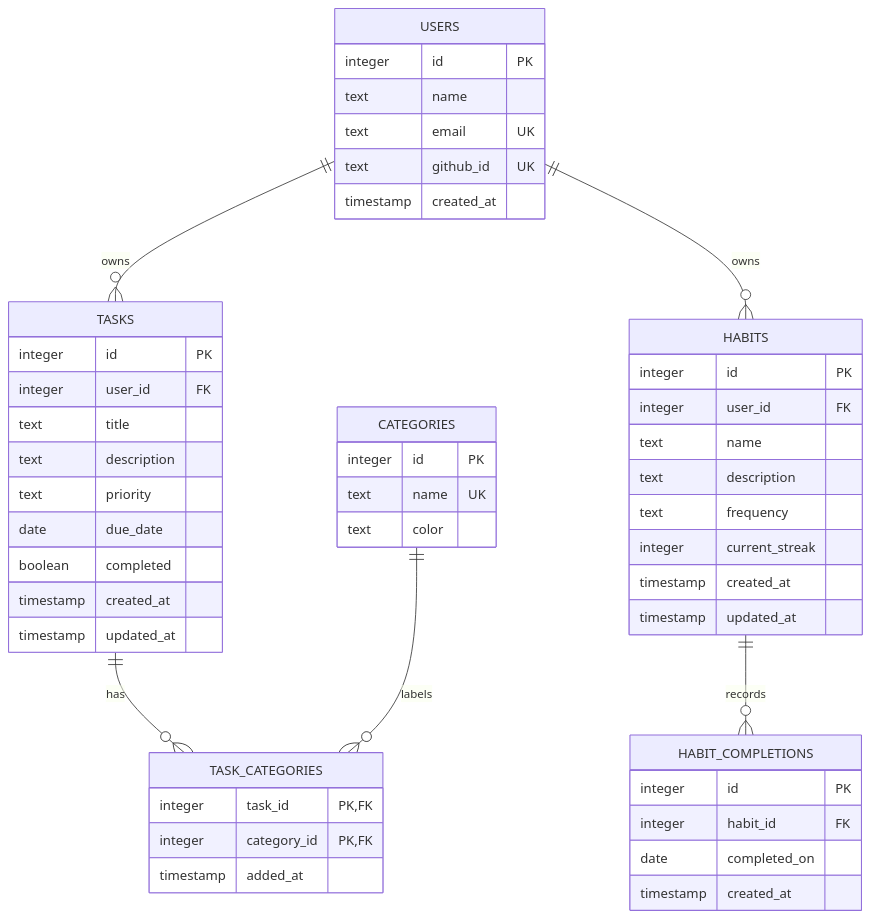
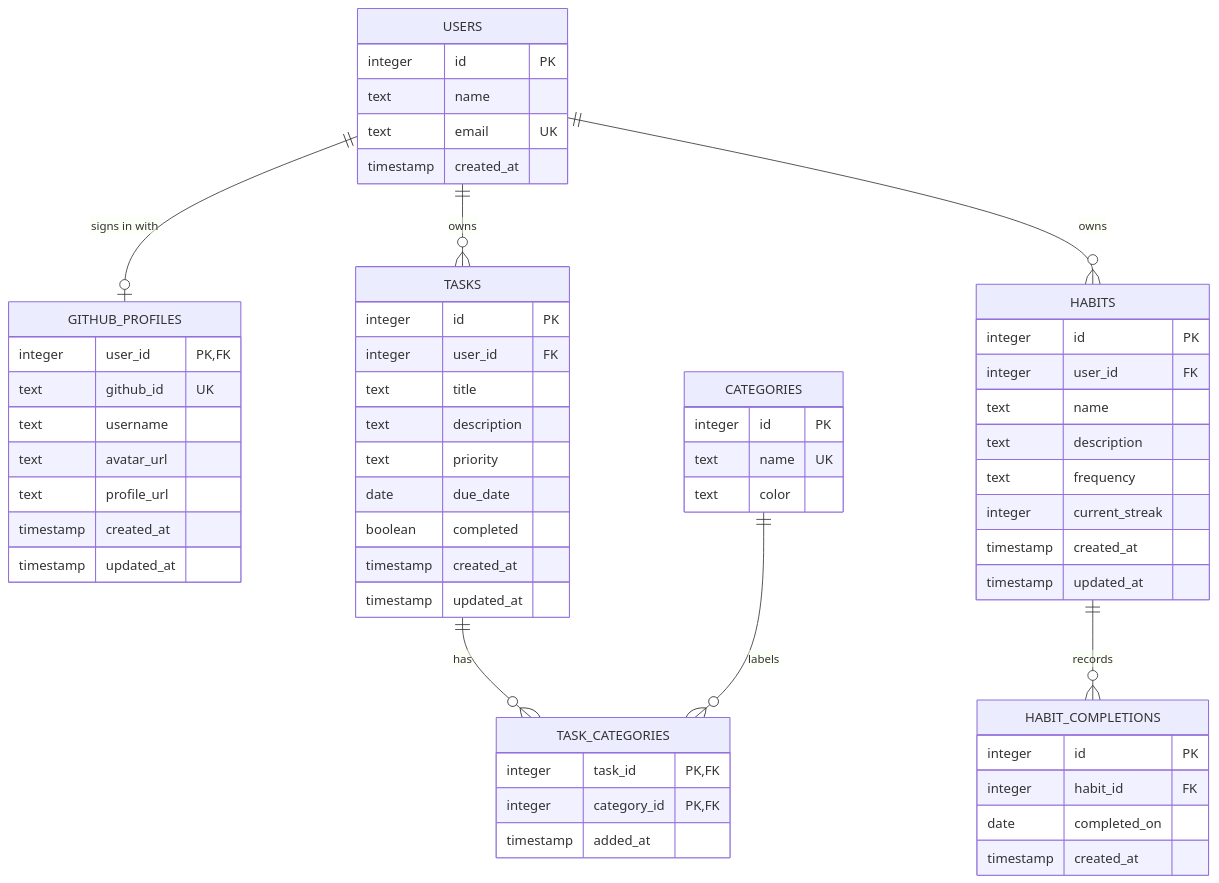
Before and after one commit to HabitFlowProject/web103_finalproject: the diagram in planning/entity_relationship_diagram.md, drawn with Mermaid. The commit also changed other lines of this file and 43 other files, not shown here.

Commit message:
Add Github login, pre-user data, and starter data

````diff
--- a/planning/entity_relationship_diagram.md
+++ b/planning/entity_relationship_diagram.md
@@ -17,58 +19,68 @@
 ```mermaid
 erDiagram
+    USERS ||--o| GITHUB_PROFILES : "signs in with"
     USERS ||--o{ TASKS : owns
     USERS ||--o{ HABITS : owns
     HABITS ||--o{ HABIT_COMPLETIONS : records
     TASKS ||--o{ TASK_CATEGORIES : has
     CATEGORIES ||--o{ TASK_CATEGORIES : labels
 
     USERS {
         integer id PK
         text name
         text email UK
+        timestamp created_at
+    }
+
+    GITHUB_PROFILES {
+        integer user_id PK, FK
         text github_id UK
+        text username
+        text avatar_url
+        text profile_url
         timestamp created_at
+        timestamp updated_at
     }
 
     TASKS {
         integer id PK
         integer user_id FK
         text title
         text description
         text priority
         date due_date
         boolean completed
         timestamp created_at
         timestamp updated_at
     }
 
     HABITS {
         integer id PK
         integer user_id FK
         text name
         text description
         text frequency
         integer current_streak
         timestamp created_at
         timestamp updated_at
     }
 
     HABIT_COMPLETIONS {
         integer id PK
         integer habit_id FK
         date completed_on
         timestamp created_at
     }
 
     CATEGORIES {
         integer id PK
         text name UK
         text color
     }
 
     TASK_CATEGORIES {
         integer task_id PK, FK
         integer category_id PK, FK
         timestamp added_at
     }
 ```
````
